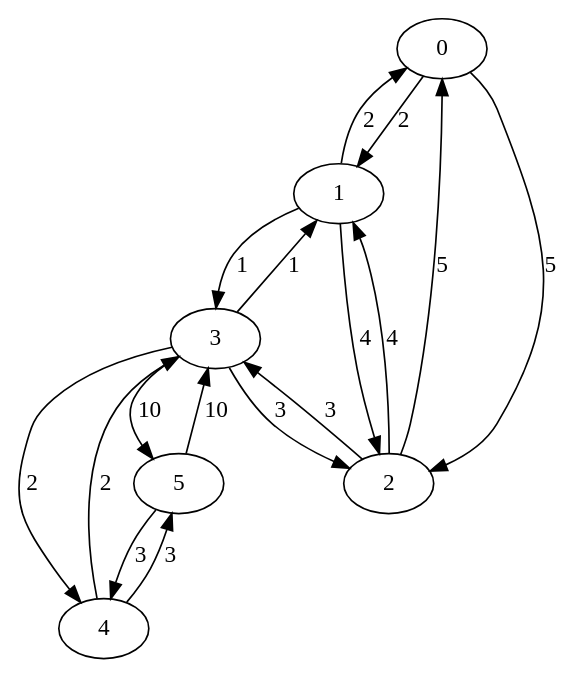
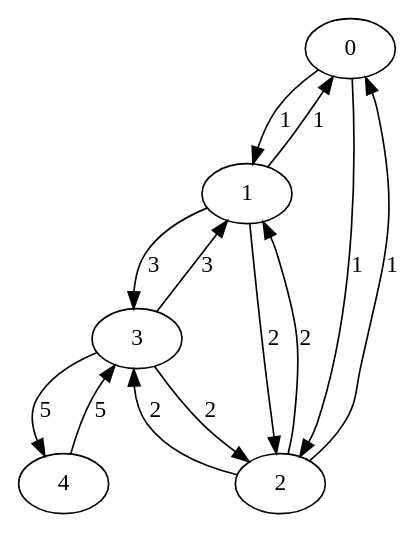
One commit to vampilova/sharp_lessons changed the diagram in Belman_and_Deikstra/graph.gv. Above: the diagram before and after it, drawn with Graphviz. The commit also changed 9 other files, not shown here.

```diff
--- a/Belman_and_Deikstra/graph.gv
+++ b/Belman_and_Deikstra/graph.gv
@@ -1,18 +1,14 @@
 digraph A{
-0->1[label=2]
-1->2[label=4]
-2->3[label=3]
-1->3[label=1]
-0->2[label=5]
-3->4[label=2]
-3->5[label=10]
-4->5[label=3]
-1->0[label=2]
-2->1[label=4]
-3->2[label=3]
-3->1[label=1]
-2->0[label=5]
-4->3[label=2]
-5->3[label=10]
-5->4[label=3]
+0->1[label=1]
+0->2[label=1]
+1->2[label=2]
+1->3[label=3]
+2->3[label=2]
+3->4[label=5]
+1->0[label=1]
+2->0[label=1]
+2->1[label=2]
+3->1[label=3]
+3->2[label=2]
+4->3[label=5]
 }
```
